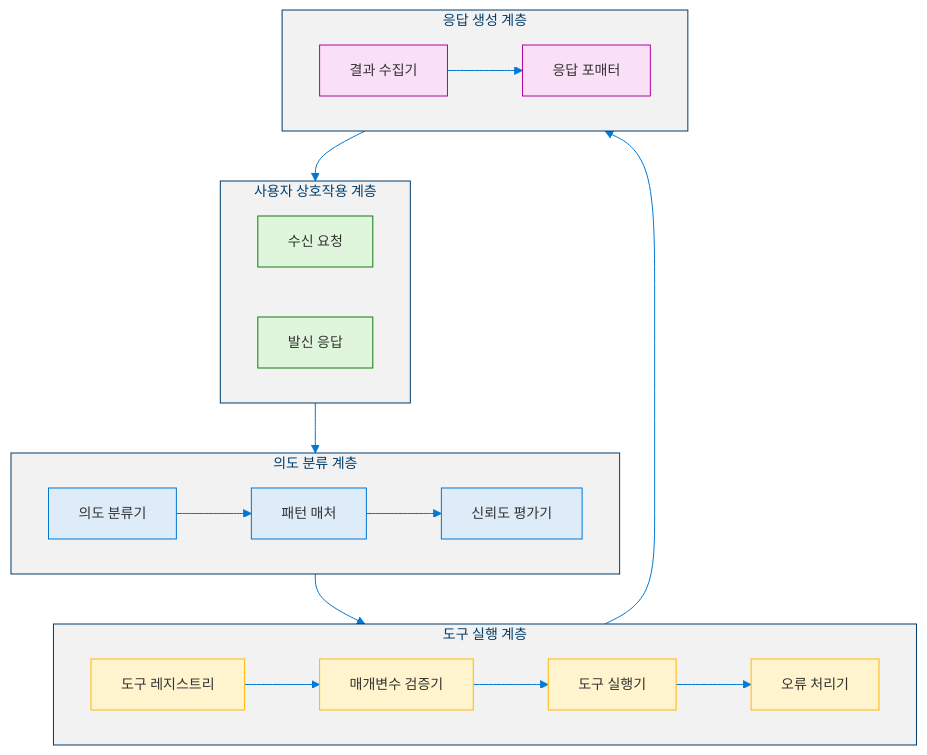
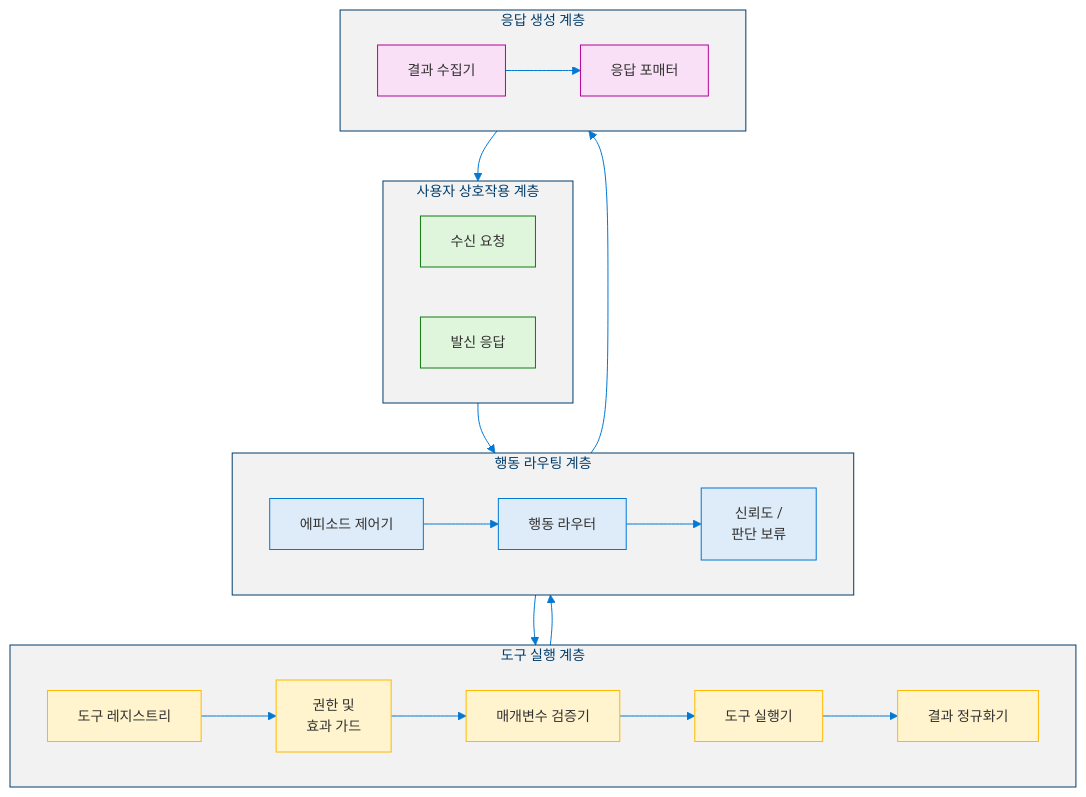
The second of 7 diagrams in docs/levels/Level_1_Tool_Agent.ko.md (dotnetpower/mscp), drawn with Mermaid before and after one commit. The commit also changed other lines of this file and 21 other files, not shown here.

````diff
--- a/docs/levels/Level_1_Tool_Agent.ko.md
+++ b/docs/levels/Level_1_Tool_Agent.ko.md
@@ -151,47 +171,49 @@
 ```mermaid
 %%{init: {'theme': 'base', 'themeVariables': {'primaryColor': '#0078D4', 'primaryTextColor': '#003D6B', 'primaryBorderColor': '#003D6B', 'secondaryColor': '#50E6FF', 'secondaryTextColor': '#323130', 'secondaryBorderColor': '#00BCF2', 'tertiaryColor': '#F2F2F2', 'tertiaryTextColor': '#323130', 'lineColor': '#0078D4', 'textColor': '#323130', 'mainBkg': '#DEECF9', 'nodeBorder': '#0078D4', 'clusterBkg': '#F2F2F2', 'clusterBorder': '#003D6B', 'titleColor': '#003D6B', 'edgeLabelBackground': '#FFFFFF', 'fontSize': '14px'}}}%%
 flowchart TD
   classDef input fill:#107C10,stroke:#085108,color:#FFF
   classDef inputLight fill:#DFF6DD,stroke:#107C10,color:#323130
   classDef process fill:#0078D4,stroke:#003D6B,color:#FFF
   classDef processLight fill:#DEECF9,stroke:#0078D4,color:#323130
   classDef tool fill:#FFB900,stroke:#CC9400,color:#323130
   classDef toolLight fill:#FFF4CE,stroke:#FFB900,color:#323130
   classDef output fill:#B4009E,stroke:#8A0076,color:#FFF
   classDef outputLight fill:#F9E0F7,stroke:#B4009E,color:#323130
 
   subgraph UserLayer["사용자 상호작용 계층"]
     direction LR
     REQ["수신 요청"]:::inputLight
     RES["발신 응답"]:::inputLight
   end
 
-  subgraph IntentLayer["의도 분류 계층"]
+  subgraph IntentLayer["행동 라우팅 계층"]
     direction LR
-    IC["의도 분류기"]:::processLight
-    PT["패턴 매처"]:::processLight
-    CF["신뢰도 평가기"]:::processLight
-    IC --> PT --> CF
+    EC["에피소드 제어기"]:::processLight
+    IC["행동 라우터"]:::processLight
+    CF["신뢰도 /<br/>판단 보류"]:::processLight
+    EC --> IC --> CF
   end
 
   subgraph ToolLayer["도구 실행 계층"]
     direction LR
     TR["도구 레지스트리"]:::toolLight
+    PG["권한 및<br/>효과 가드"]:::toolLight
     TV["매개변수 검증기"]:::toolLight
     TE["도구 실행기"]:::toolLight
-    EH["오류 처리기"]:::toolLight
-    TR --> TV --> TE --> EH
+    RN["결과 정규화기"]:::toolLight
+    TR --> PG --> TV --> TE --> RN
   end
 
   subgraph ResponseLayer["응답 생성 계층"]
     direction LR
     RC["결과 수집기"]:::outputLight
     RF["응답 포매터"]:::outputLight
     RC --> RF
   end
 
-  REQ --> IC
+  REQ --> EC
   CF --> TR
-  EH --> RC
+  RN --> EC
+  EC --> RC
   RF --> RES
 ```
````
